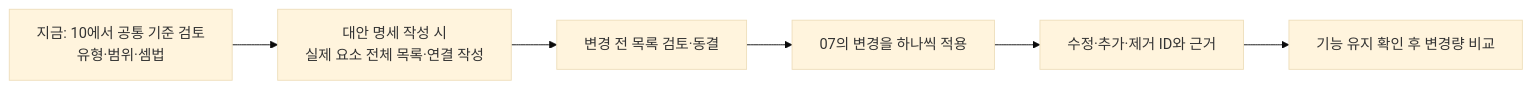
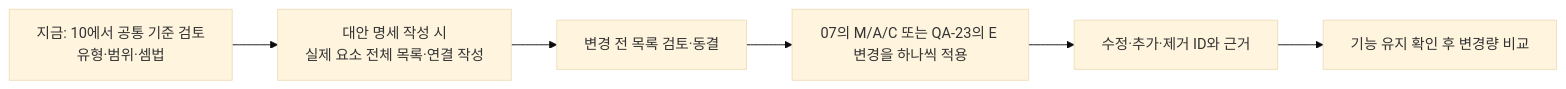
Before and after one commit to cbyche/via-sw-architecture: the diagram in docs/architecture/10-element-definition.md, drawn with Mermaid (base theme). The commit also changed other lines of this file and 25 other files, not shown here.

````diff
--- a/docs/architecture/10-element-definition.md
+++ b/docs/architecture/10-element-definition.md
@@ -23,10 +23,10 @@
 ```mermaid
 flowchart LR
     R["지금: 10에서 공통 기준 검토<br/>유형·범위·셈법"]
     A["대안 명세 작성 시<br/>실제 요소 전체 목록·연결 작성"]
     F["변경 전 목록 검토·동결"]
-    C["07의 변경을 하나씩 적용"]
+    C["07의 M/A/C 또는 QA-23의 E 변경을 하나씩 적용"]
     L["수정·추가·제거 ID와 근거"]
     V["기능 유지 확인 후 변경량 비교"]
     R --> A --> F --> C --> L --> V
 ```
````
